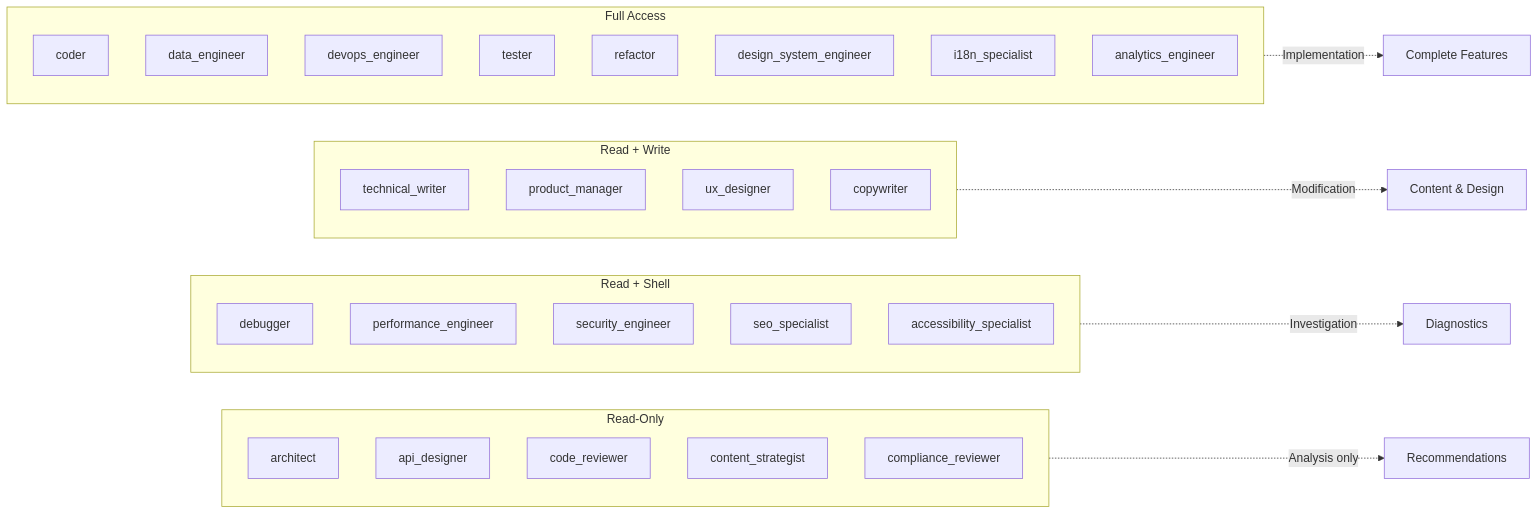
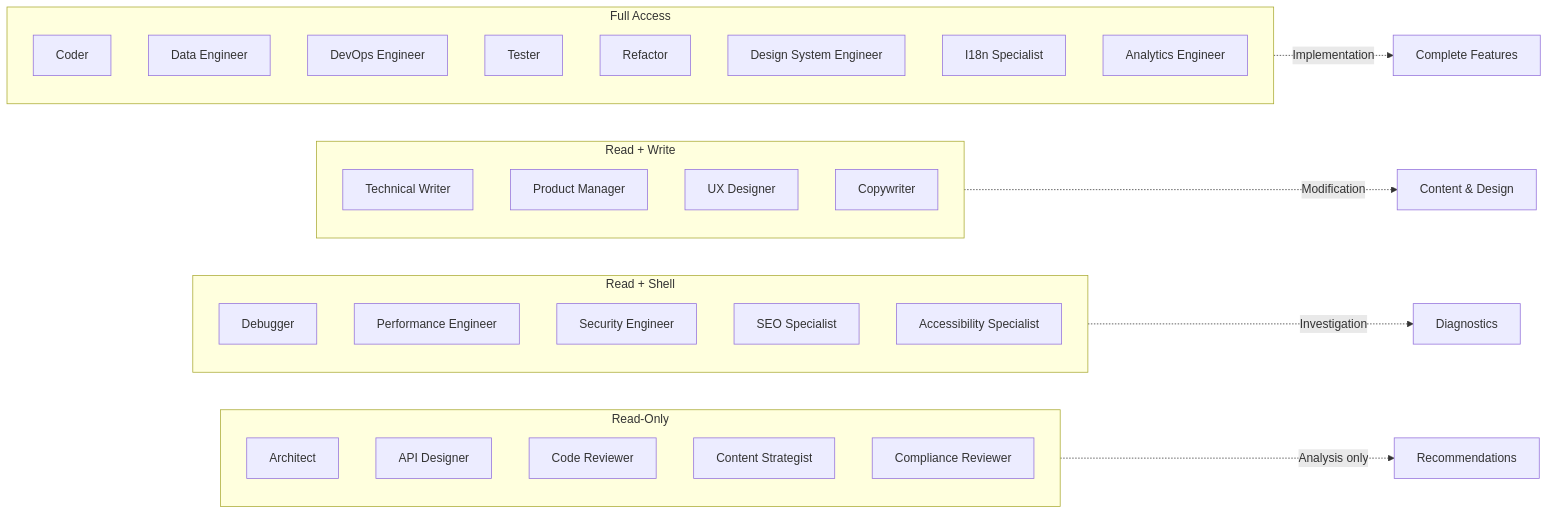
Before and after one commit to josstei/maestro-orchestrate: the second of 2 diagrams in README.md, drawn with Mermaid. The commit also changed other lines of this file and 102 other files, not shown here.

````diff
--- a/README.md
+++ b/README.md
@@ -503,41 +576,41 @@
 ```mermaid
 flowchart LR
     subgraph ReadOnly[Read-Only]
-        A1[architect]
-        A2[api_designer]
-        A3[code_reviewer]
-        A4[content_strategist]
-        A5[compliance_reviewer]
+        A1[Architect]
+        A2[API Designer]
+        A3[Code Reviewer]
+        A4[Content Strategist]
+        A5[Compliance Reviewer]
     end
 
     subgraph ReadShell[Read + Shell]
-        B1[debugger]
-        B2[performance_engineer]
-        B3[security_engineer]
-        B4[seo_specialist]
-        B5[accessibility_specialist]
+        B1[Debugger]
+        B2[Performance Engineer]
+        B3[Security Engineer]
+        B4[SEO Specialist]
+        B5[Accessibility Specialist]
     end
 
     subgraph ReadWrite[Read + Write]
-        C1[technical_writer]
-        C2[product_manager]
-        C3[ux_designer]
-        C4[copywriter]
+        C1[Technical Writer]
+        C2[Product Manager]
+        C3[UX Designer]
+        C4[Copywriter]
     end
 
     subgraph Full[Full Access]
-        D1[coder]
-        D2[data_engineer]
-        D3[devops_engineer]
-        D4[tester]
-        D5[refactor]
-        D6[design_system_engineer]
-        D7[i18n_specialist]
-        D8[analytics_engineer]
+        D1[Coder]
+        D2[Data Engineer]
+        D3[DevOps Engineer]
+        D4[Tester]
+        D5[Refactor]
+        D6[Design System Engineer]
+        D7[I18n Specialist]
+        D8[Analytics Engineer]
     end
 
     ReadOnly -.->|Analysis only| Output1[Recommendations]
     ReadShell -.->|Investigation| Output2[Diagnostics]
     ReadWrite -.->|Modification| Output3[Content & Design]
     Full -.->|Implementation| Output4[Complete Features]
 ```
````
